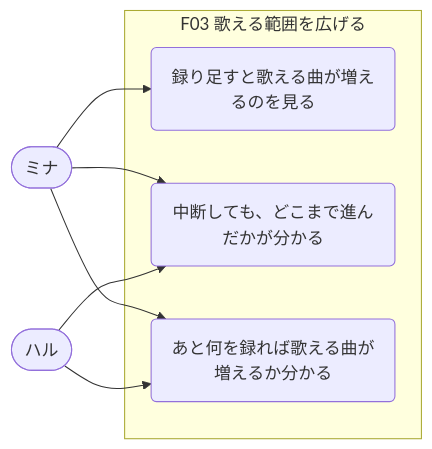
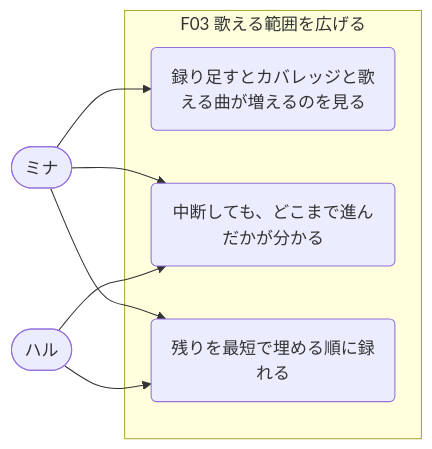
The fourth of 6 diagrams in docs/usecase-map.md (dino3616/koeru), drawn with Mermaid before and after one commit. The commit also changed other lines of this file and 6 other files, not shown here.

````diff
--- a/docs/usecase-map.md
+++ b/docs/usecase-map.md
@@ -188,15 +190,15 @@
 ```mermaid
 flowchart LR
   mina(["ミナ"])
   haru(["ハル"])
   subgraph F03["F03 歌える範囲を広げる"]
-    uc1("録り足すと歌える曲が増えるのを見る")
+    uc1("録り足すとカバレッジと歌える曲が増えるのを見る")
     uc2("中断しても、どこまで進んだかが分かる")
-    uc3("あと何を録れば歌える曲が増えるか分かる")
+    uc3("残りを最短で埋める順に録れる")
   end
   mina --> uc1
   mina --> uc2
   mina --> uc3
   haru --> uc2
   haru --> uc3
 ```
````
